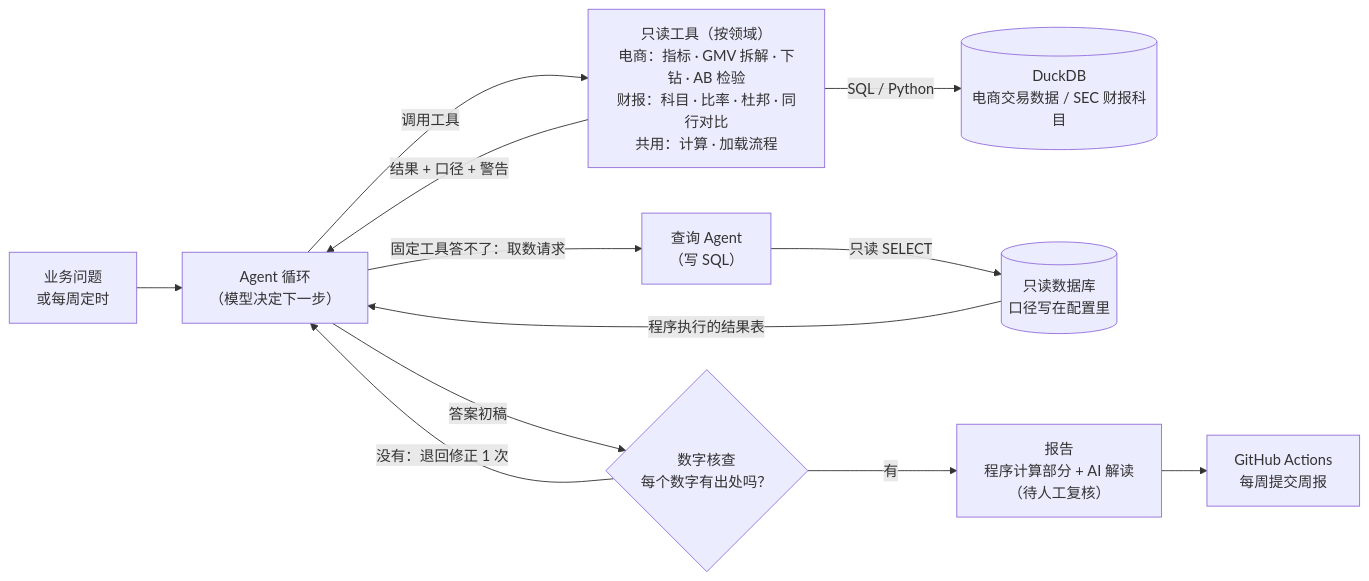
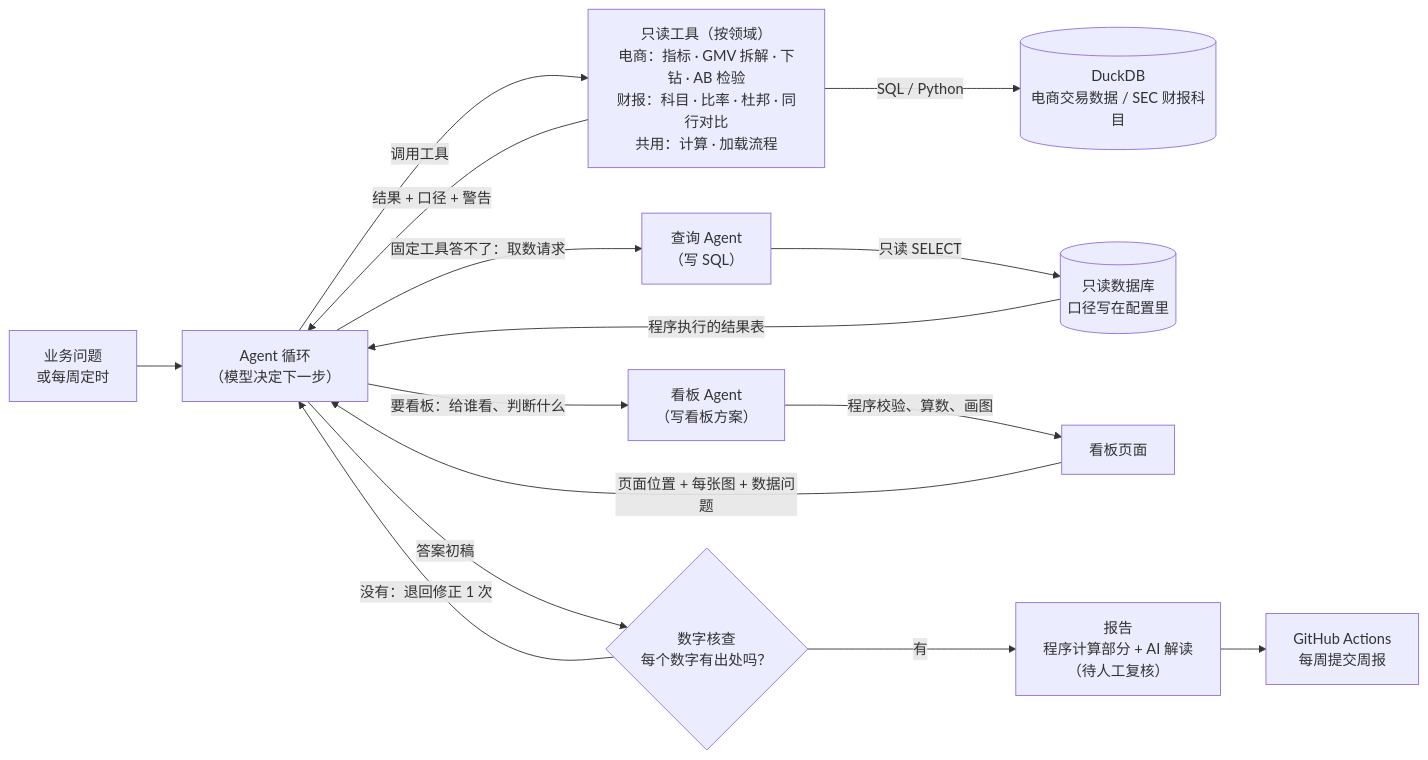
One commit to Eriksas/da-agent changed the first of 2 diagrams in README.md. Above: the diagram before and after it, drawn with Mermaid. The commit also changed other lines of this file and 149 other files, not shown here.

````diff
--- a/README.md
+++ b/README.md
@@ -14,14 +14,17 @@
 ```mermaid
 flowchart LR
     Q["业务问题<br/>或每周定时"] --> A["Agent 循环<br/>（模型决定下一步）"]
     A -- "调用工具" --> T["只读工具（按领域）<br/>电商：指标 · GMV 拆解 · 下钻 · AB 检验<br/>财报：科目 · 比率 · 杜邦 · 同行对比<br/>共用：计算 · 加载流程"]
     T -- "SQL / Python" --> D[("DuckDB<br/>电商交易数据 / SEC 财报科目")]
     T -- "结果 + 口径 + 警告" --> A
     A -- "固定工具答不了：取数请求" --> S["查询 Agent<br/>（写 SQL）"]
     S -- "只读 SELECT" --> RO[("只读数据库<br/>口径写在配置里")]
     RO -- "程序执行的结果表" --> A
+    A -- "要看板：给谁看、判断什么" --> B["看板 Agent<br/>（写看板方案）"]
+    B -- "程序校验、算数、画图" --> P["看板页面"]
+    P -- "页面位置 + 每张图 + 数据问题" --> A
     A -- "答案初稿" --> C{"数字核查<br/>每个数字有出处吗？"}
     C -- "没有：退回修正 1 次" --> A
     C -- "有" --> R["报告<br/>程序计算部分 + AI 解读<br/>（待人工复核）"]
     R --> W["GitHub Actions<br/>每周提交周报"]
 ```
````
